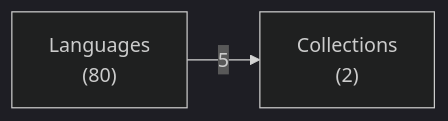
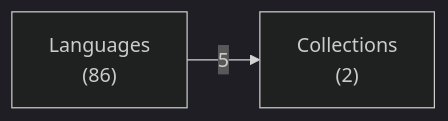
One commit to ruudkoot/rune changed the first of 3 diagrams in docs/lib/language/haskell/depends.md. Above: the diagram before and after it, drawn with Mermaid (dark theme). The commit also changed other lines of this file and 186 other files, not shown here.

````diff
--- a/docs/lib/language/haskell/depends.md
+++ b/docs/lib/language/haskell/depends.md
@@ -24,6 +24,6 @@
 ```mermaid
 flowchart LR
-  a0["Languages<br>(80)"]
+  a0["Languages<br>(86)"]
   a1["Collections<br>(2)"]
   a0 -- 5 --> a1
 ```
````
